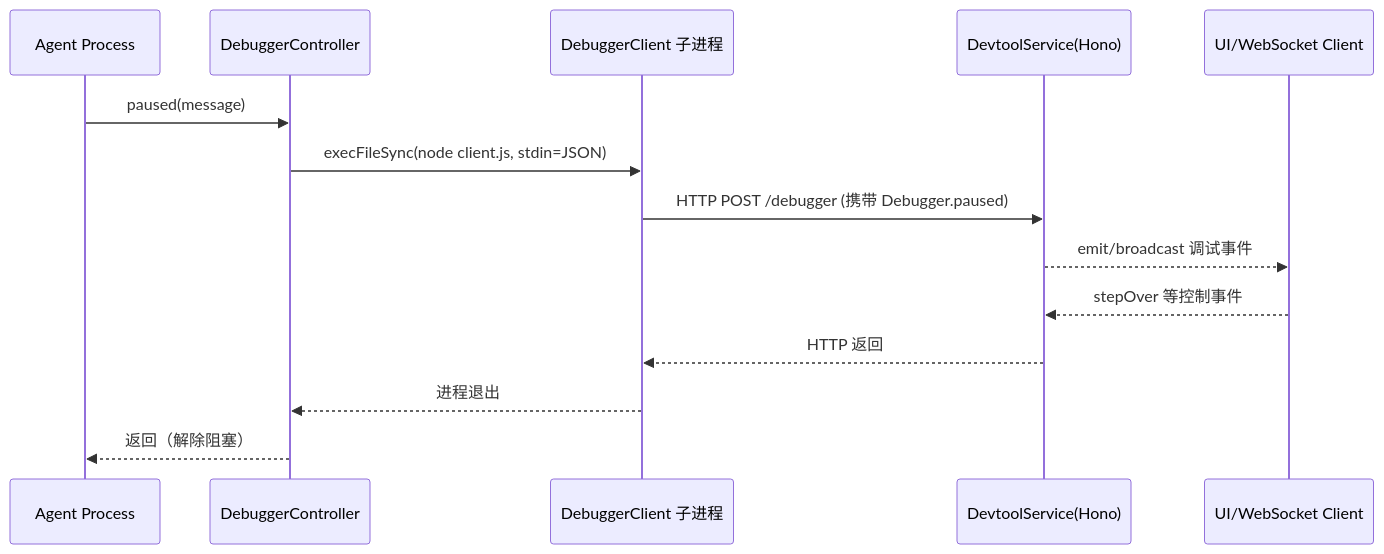
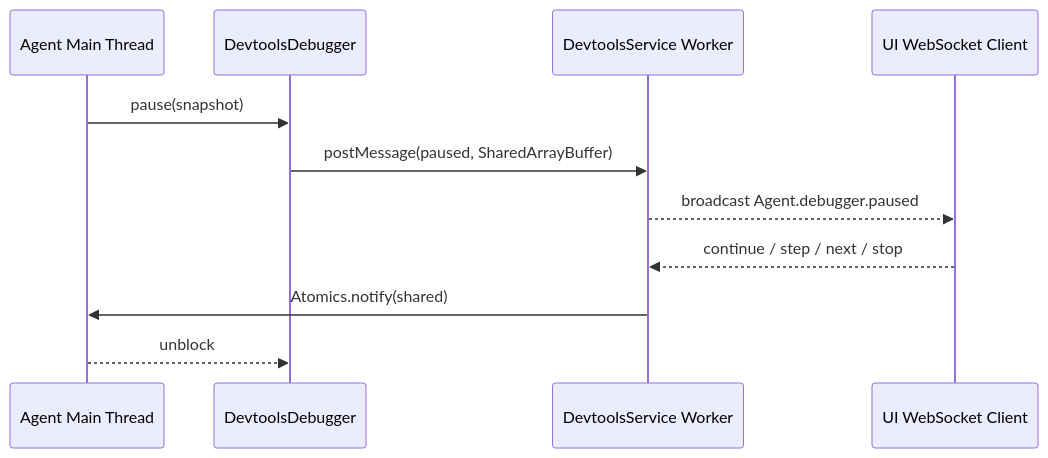
The diagram in packages/devtools/README.md (aniwei/vitamin-coding), drawn with Mermaid before and after one commit. The commit also changed other lines of this file and 167 other files, not shown here.

````diff
--- a/packages/devtools/README.md
+++ b/packages/devtools/README.md
@@ -51,17 +28,14 @@
 ```mermaid
 sequenceDiagram
-  participant A as Agent Process
-  participant C as DebuggerController
-  participant P as DebuggerClient 子进程
-  participant S as DevtoolService(Hono)
-  participant U as UI/WebSocket Client
+  participant A as Agent Main Thread
+  participant D as DevtoolsDebugger
+  participant W as DevtoolsService Worker
+  participant U as UI WebSocket Client
 
-  A->>C: paused(message)
-  C->>P: execFileSync(node client.js, stdin=JSON)
-  P->>S: HTTP POST /debugger (携带 Debugger.paused)
-  S-->>U: emit/broadcast 调试事件
-  U-->>S: stepOver 等控制事件
-  S-->>P: HTTP 返回
-  P-->>C: 进程退出
-  C-->>A: 返回（解除阻塞）
+  A->>D: pause(snapshot)
+  D->>W: postMessage(paused, SharedArrayBuffer)
+  W-->>U: broadcast Agent.debugger.paused
+  U-->>W: continue / step / next / stop
+  W->>A: Atomics.notify(shared)
+  A-->>D: unblock
 ```
````
